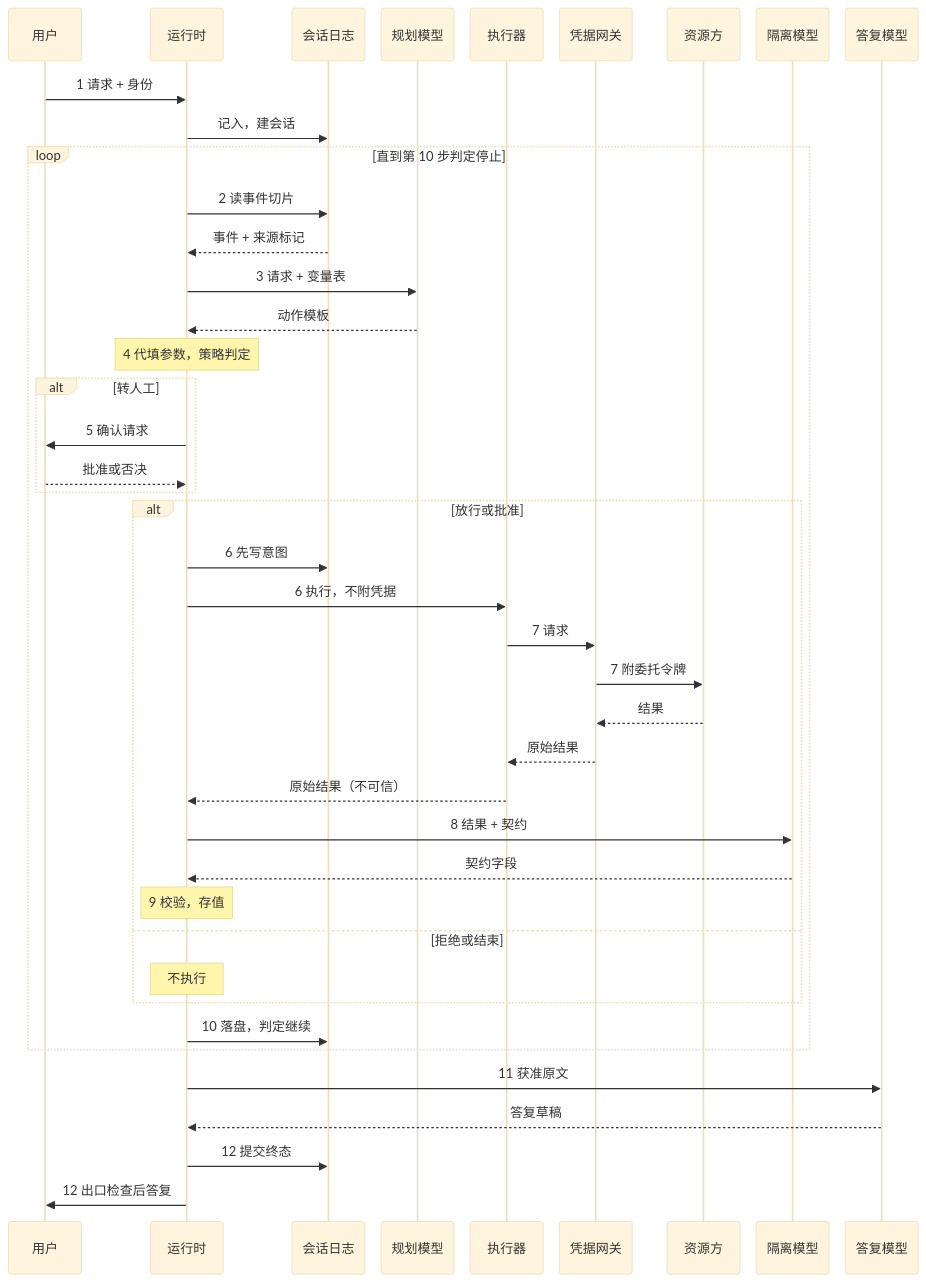
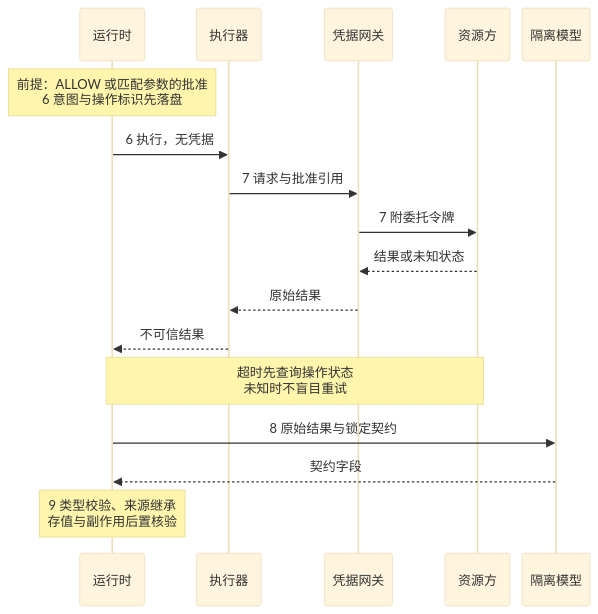
Before and after one commit to yeasy/ai_security_guide: the second of 3 diagrams in 14_agent_practice/14.5_security_panorama.md, drawn with Mermaid (base theme). The commit also changed other lines of this file and 64 other files, not shown here.

````diff
--- a/14_agent_practice/14.5_security_panorama.md
+++ b/14_agent_practice/14.5_security_panorama.md
@@ -79,45 +114,20 @@
 ```mermaid
-%%{init: {"sequence": {"width": 90, "actorMargin": 20}}}%%
+%%{init: {"sequence": {"width": 80, "actorMargin": 15}}}%%
 sequenceDiagram
-    participant U as 用户
     participant H as 运行时
-    participant S as 会话日志
-    participant P as 规划模型
     participant E as 执行器
     participant X as 凭据网关
     participant R as 资源方
     participant Q as 隔离模型
-    participant A as 答复模型
-    U->>H: 1 请求 + 身份
-    H->>S: 记入，建会话
-    loop 直到第 10 步判定停止
-        H->>S: 2 读事件切片
-        S-->>H: 事件 + 来源标记
-        H->>P: 3 请求 + 变量表
-        P-->>H: 动作模板
-        Note over H: 4 代填参数，策略判定
-        alt 转人工
-            H->>U: 5 确认请求
-            U-->>H: 批准或否决
-        end
-        alt 放行或批准
-            H->>S: 6 先写意图
-            H->>E: 6 执行，不附凭据
-            E->>X: 7 请求
-            X->>R: 7 附委托令牌
-            R-->>X: 结果
-            X-->>E: 原始结果
-            E-->>H: 原始结果（不可信）
-            H->>Q: 8 结果 + 契约
-            Q-->>H: 契约字段
-            Note over H: 9 校验，存值
-        else 拒绝或结束
-            Note over H: 不执行
-        end
-        H->>S: 10 落盘，判定继续
-    end
-    H->>A: 11 获准原文
-    A-->>H: 答复草稿
-    H->>S: 12 提交终态
-    H->>U: 12 出口检查后答复
+    Note over H: 前提：ALLOW 或匹配参数的批准<br/>6 意图与操作标识先落盘
+    H->>E: 6 执行，无凭据
+    E->>X: 7 请求与批准引用
+    X->>R: 7 附委托令牌
+    R-->>X: 结果或未知状态
+    X-->>E: 原始结果
+    E-->>H: 不可信结果
+    Note over H,R: 超时先查询操作状态<br/>未知时不盲目重试
+    H->>Q: 8 原始结果与锁定契约
+    Q-->>H: 契约字段
+    Note over H: 9 类型校验、来源继承<br/>存值与副作用后置核验
 ```
````
